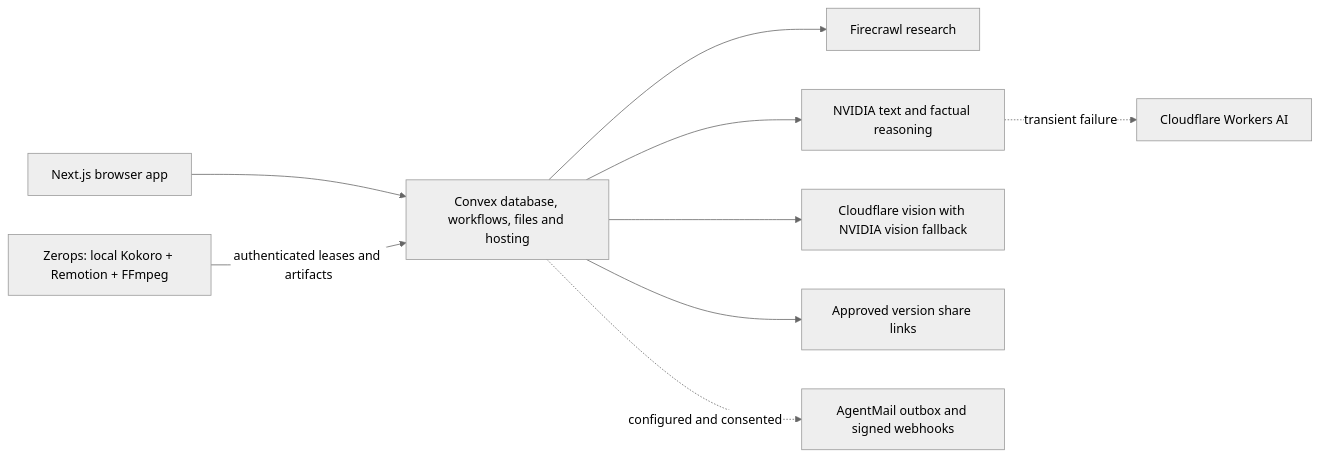
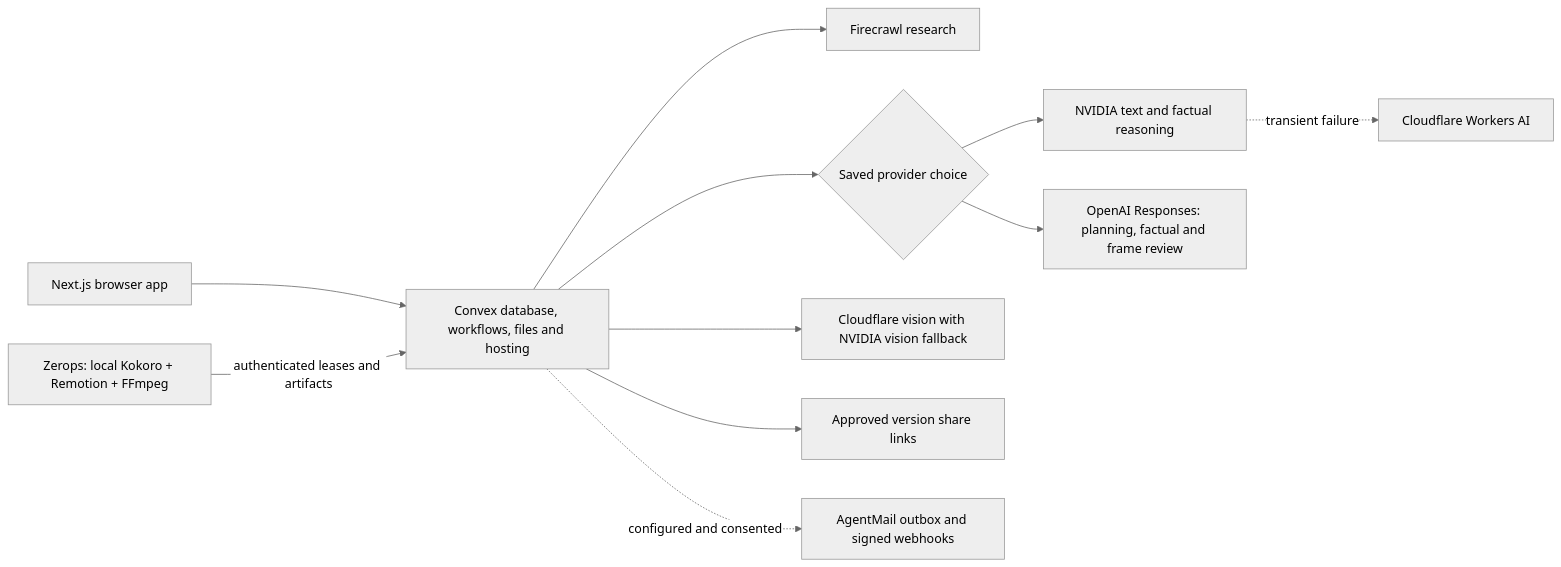
The diagram in docs/release-operations.md (Avinash1286/explainer-studio), drawn with Mermaid (neutral theme) before and after one commit. The commit also changed other lines of this file and 36 other files, not shown here.

Commit message:
Add persistent OpenAI generation choice and provider error toasts

````diff
--- a/docs/release-operations.md
+++ b/docs/release-operations.md
@@ -5,11 +5,13 @@
 ```mermaid
 flowchart LR
   Browser[Next.js browser app] --> Convex[Convex database, workflows, files and hosting]
   Convex --> Research[Firecrawl research]
-  Convex --> Text[NVIDIA text and factual reasoning]
+  Convex --> Choice{Saved provider choice}
+  Choice --> Text[NVIDIA text and factual reasoning]
+  Choice --> OpenAI[OpenAI Responses: planning, factual and frame review]
   Text -. transient failure .-> CF[Cloudflare Workers AI]
   Convex --> Vision[Cloudflare vision with NVIDIA vision fallback]
   Worker[Zerops: local Kokoro + Remotion + FFmpeg] -->|authenticated leases and artifacts| Convex
   Convex --> Share[Approved version share links]
   Convex -. configured and consented .-> Mail[AgentMail outbox and signed webhooks]
 ```
````
